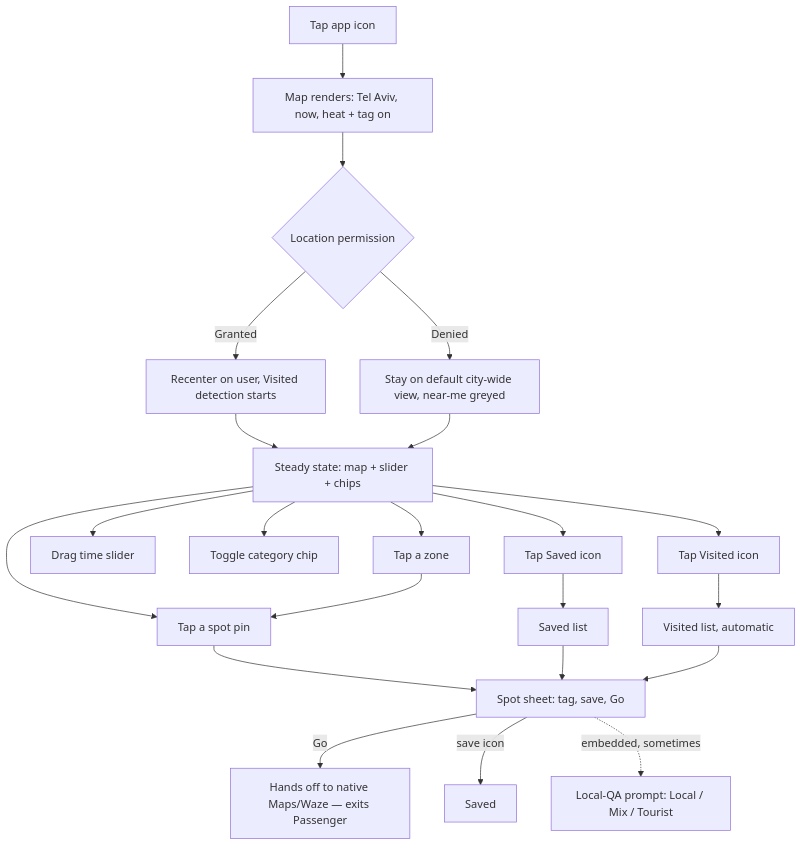
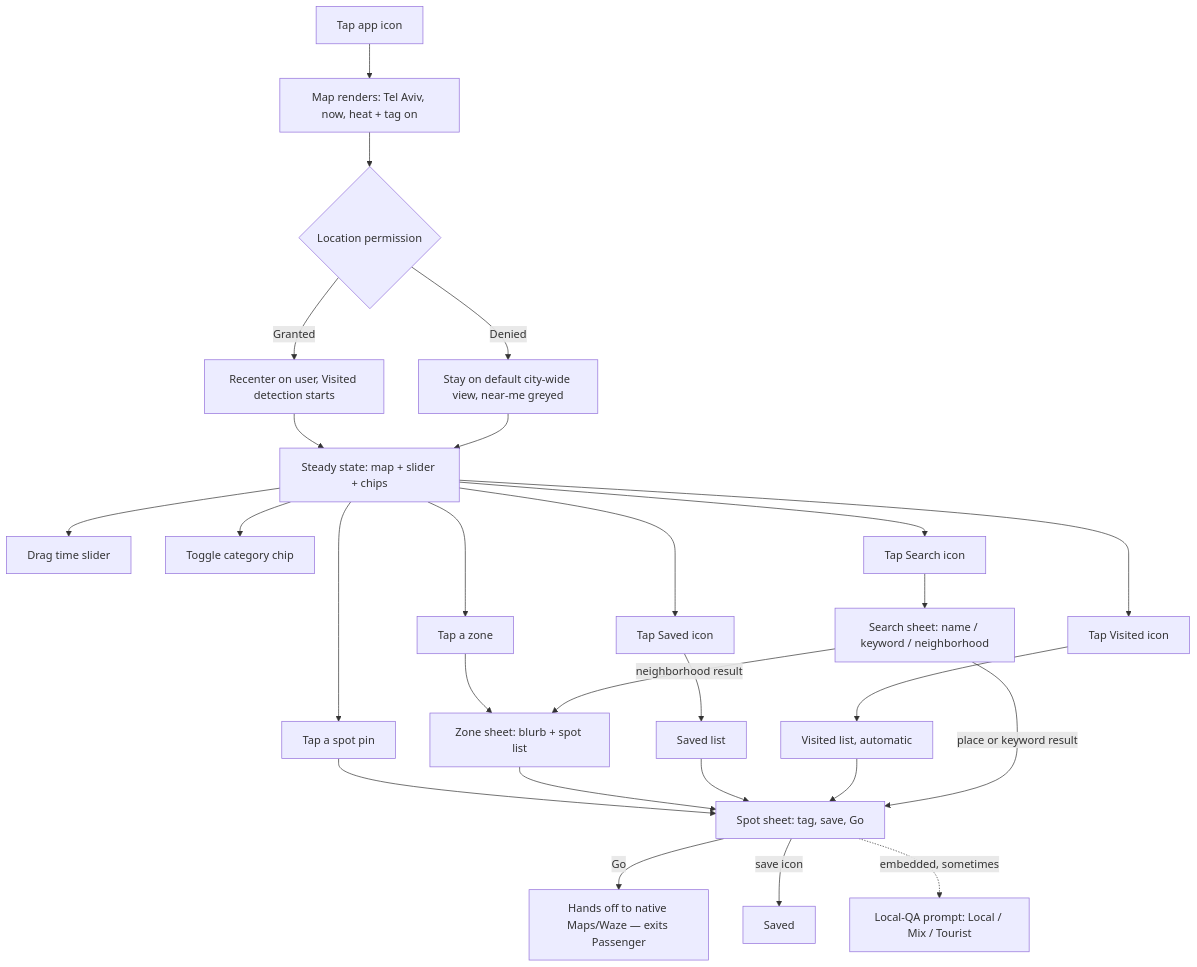
Before and after one commit to AviranGrisaro/passenger-brain: the first of 2 diagrams in design/ux-flows.md, drawn with Mermaid. The commit also changed other lines of this file and 2 other files, not shown here.

First line of the commit message:
design: add search (decision #23) to UX flows

````diff
--- a/design/ux-flows.md
+++ b/design/ux-flows.md
@@ -181,22 +204,22 @@
 ```mermaid
 flowchart TD
     A[Tap app icon] --> B[Map renders: Tel Aviv, now, heat + tag on]
     B --> C{Location permission}
     C -->|Granted| D[Recenter on user, Visited detection starts]
     C -->|Denied| E[Stay on default city-wide view, near-me greyed]
     D --> F[Steady state: map + slider + chips]
     E --> F
-    F --> G[Tap a zone]
-    F --> H[Tap a spot pin]
+    F --> G[Tap a zone] --> ZS[Zone sheet: blurb + spot list]
+    F --> H[Tap a spot pin] --> M[Spot sheet: tag, save, Go]
+    ZS --> M
     F --> I[Drag time slider]
     F --> J[Toggle category chip]
-    F --> K[Tap Saved icon]
-    F --> L[Tap Visited icon]
-    G --> H
-    H --> M[Spot sheet: tag, save, Go]
+    F --> K[Tap Saved icon] --> P[Saved list] --> M
+    F --> L[Tap Visited icon] --> Q[Visited list, automatic] --> M
+    F --> S[Tap Search icon] --> SS[Search sheet: name / keyword / neighborhood]
+    SS -->|place or keyword result| M
+    SS -->|neighborhood result| ZS
     M -->|Go| N[Hands off to native Maps/Waze — exits Passenger]
     M -->|save icon| O[Saved]
-    K --> P[Saved list] --> M
-    L --> Q[Visited list, automatic] --> M
     M -. embedded, sometimes .-> R["Local-QA prompt: Local / Mix / Tourist"]
 ```
````
